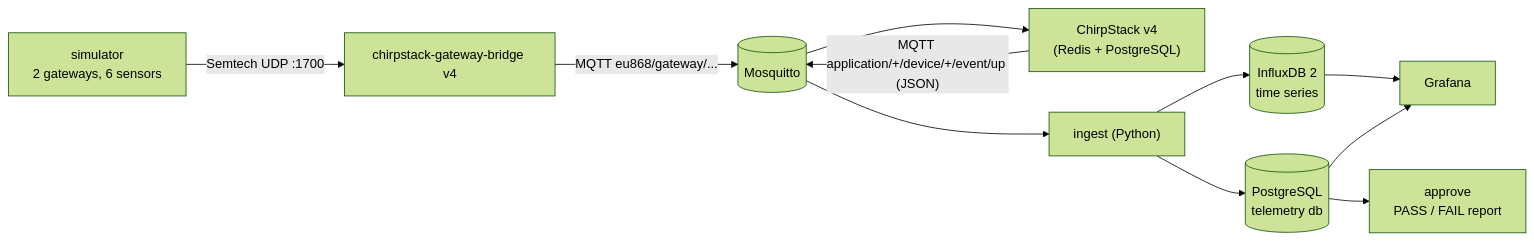
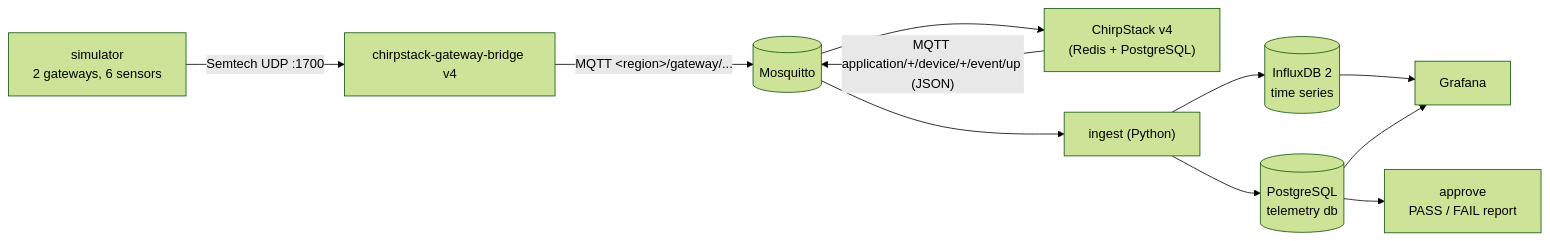
One commit to Dante-138/eng-iot-telemetry-pipeline changed the diagram in README.md. Above: the diagram before and after it, drawn with Mermaid (forest theme). The commit also changed other lines of this file and 2 other files, not shown here.

First line of the commit message:
docs: alert window header, 16 OTAA uplinks, <region> in the diagram, Mosquitto autosave_interval 30

````diff
--- a/README.md
+++ b/README.md
@@ -12,13 +12,13 @@
 ```mermaid
 flowchart LR
     S["simulator<br/>2 gateways, 6 sensors"] -->|"Semtech UDP :1700"| B["chirpstack-gateway-bridge v4"]
-    B -->|"MQTT eu868/gateway/..."| M[("Mosquitto")]
+    B -->|"MQTT &lt;region&gt;/gateway/..."| M[("Mosquitto")]
     M --> C["ChirpStack v4<br/>(Redis + PostgreSQL)"]
     C -->|"MQTT application/+/device/+/event/up (JSON)"| M
     M --> I["ingest (Python)"]
     I --> T[("InfluxDB 2<br/>time series")]
     I --> P[("PostgreSQL<br/>telemetry db")]
     T --> G["Grafana"]
     P --> G
     P --> A["approve<br/>PASS / FAIL report"]
 ```
````
